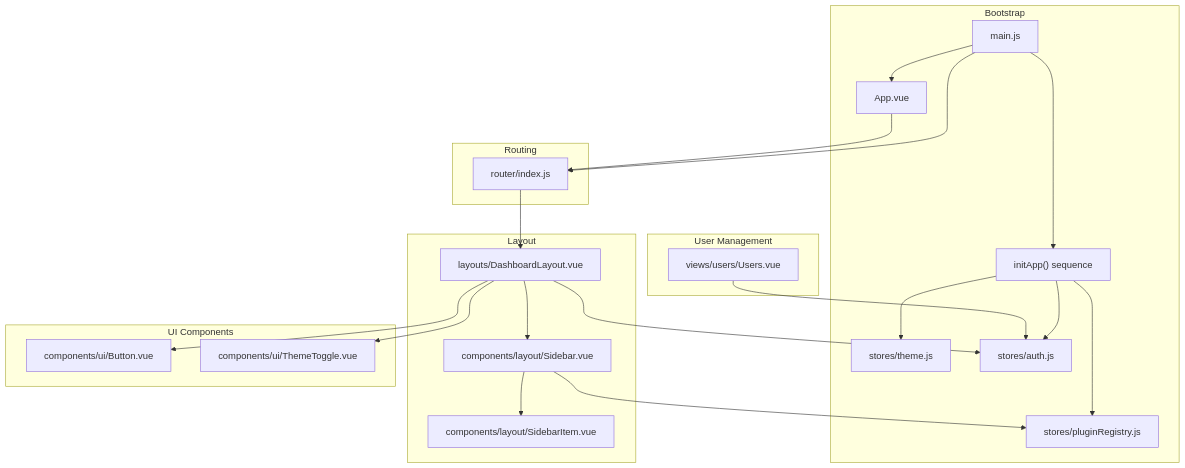
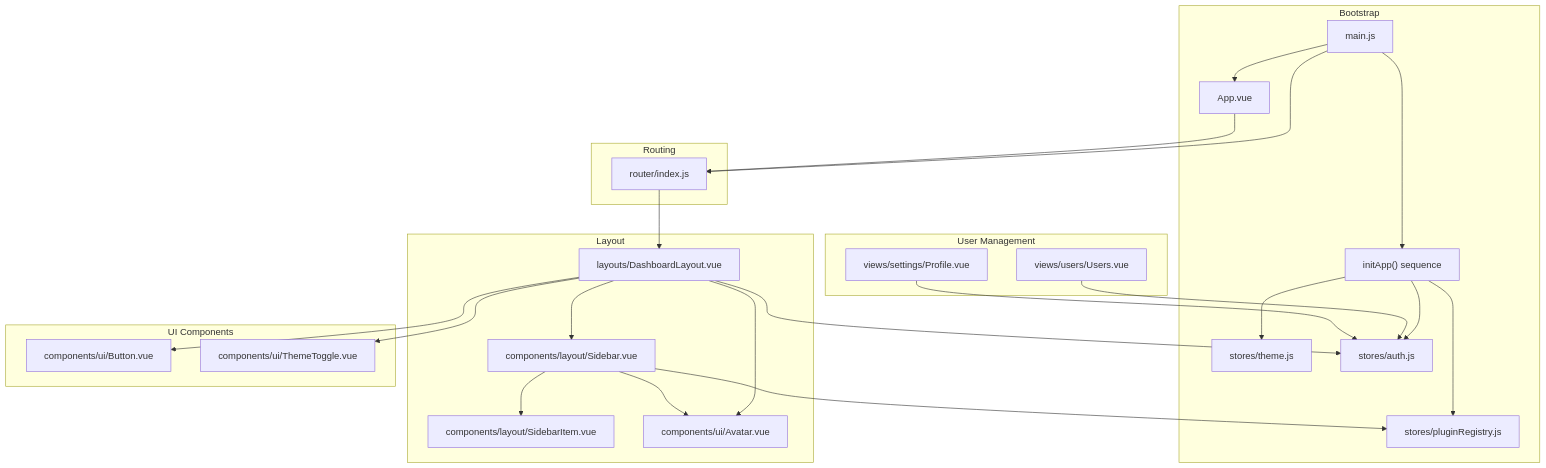
The first of 15 diagrams in .qoder/repowiki/en/content/Frontend Architecture/Frontend Architecture.md (Nikita5543/New-SSO-02), drawn with Mermaid before and after one commit. The commit also changed other lines of this file and 4 other files, not shown here.

````diff
--- a/.qoder/repowiki/en/content/Frontend Architecture/Frontend Architecture.md
+++ b/.qoder/repowiki/en/content/Frontend Architecture/Frontend Architecture.md
@@ -69,41 +72,46 @@
 ```mermaid
 graph TB
 subgraph "Bootstrap"
 MJS["main.js"]
 APP["App.vue"]
 INIT["initApp() sequence"]
 THEME["stores/theme.js"]
 AUTH["stores/auth.js"]
 REG["stores/pluginRegistry.js"]
 end
 subgraph "Routing"
 ROUTER["router/index.js"]
 end
 subgraph "Layout"
 DL["layouts/DashboardLayout.vue"]
 SB["components/layout/Sidebar.vue"]
 SBI["components/layout/SidebarItem.vue"]
+AV["components/ui/Avatar.vue"]
 end
 subgraph "UI Components"
 BTN["components/ui/Button.vue"]
 TT["components/ui/ThemeToggle.vue"]
 end
 subgraph "User Management"
 USERS["views/users/Users.vue"]
+PROFILE["views/settings/Profile.vue"]
 end
 MJS --> INIT
 INIT --> THEME
 INIT --> AUTH
 INIT --> REG
 MJS --> APP
 MJS --> ROUTER
 APP --> ROUTER
 ROUTER --> DL
 DL --> SB
 SB --> SBI
+DL --> AV
+SB --> AV
 DL --> BTN
 DL --> TT
 SB --> REG
 DL --> AUTH
 USERS --> AUTH
+PROFILE --> AUTH
 ```
````
